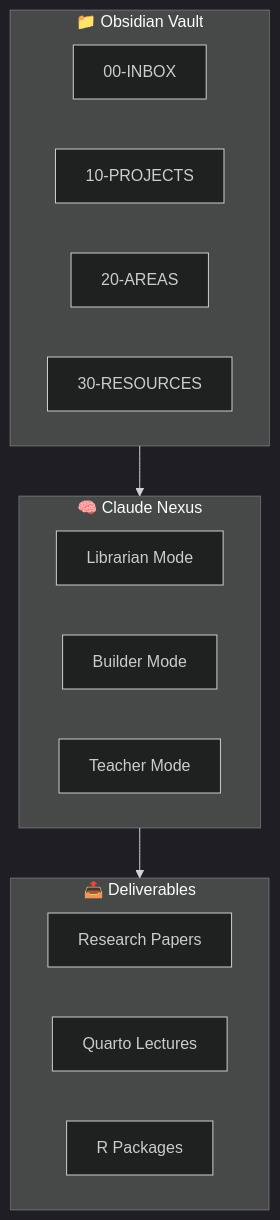
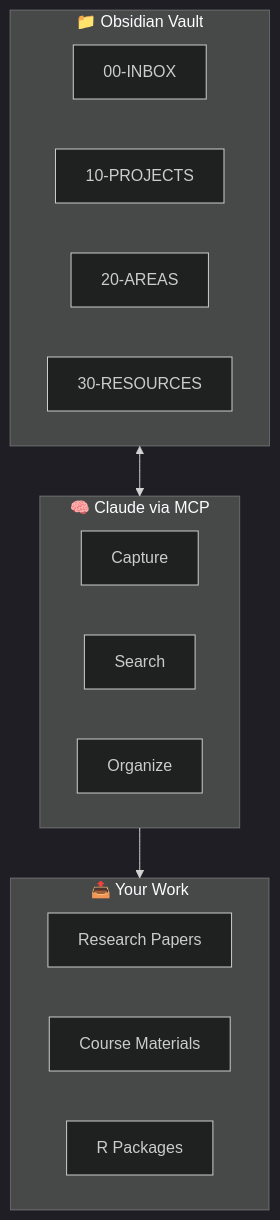
One commit to Data-Wise/nexus changed the diagram in docs/index.md. Above: the diagram before and after it, drawn with Mermaid (dark theme). The commit also changed other lines of this file and 2 other files, not shown here.

````diff
--- a/docs/index.md
+++ b/docs/index.md
@@ -58,23 +148,23 @@
 ```mermaid
 graph TB
     subgraph Obsidian["📁 Obsidian Vault"]
         INBOX[00-INBOX]
         PROJECTS[10-PROJECTS]
         AREAS[20-AREAS]
         RESOURCES[30-RESOURCES]
     end
     
-    subgraph Claude["🧠 Claude Nexus"]
-        LIB[Librarian Mode]
-        BUILD[Builder Mode]
-        TEACH[Teacher Mode]
+    subgraph Claude["🧠 Claude via MCP"]
+        CAPTURE[Capture]
+        SEARCH[Search]
+        ORGANIZE[Organize]
     end
     
-    subgraph Output["📤 Deliverables"]
+    subgraph Output["📤 Your Work"]
         PAPERS[Research Papers]
-        LECTURES[Quarto Lectures]
-        PACKAGES[R Packages]
+        LECTURES[Course Materials]
+        CODE[R Packages]
     end
     
-    Obsidian --> Claude --> Output
+    Obsidian <--> Claude --> Output
 ```
````
